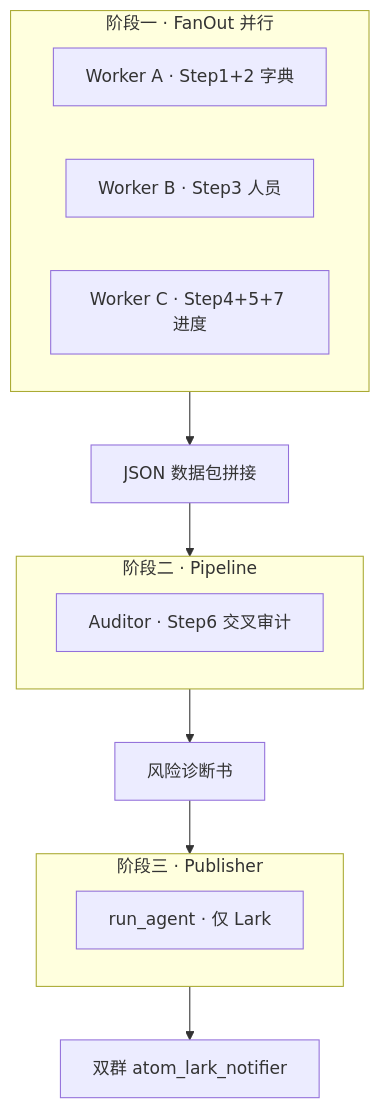
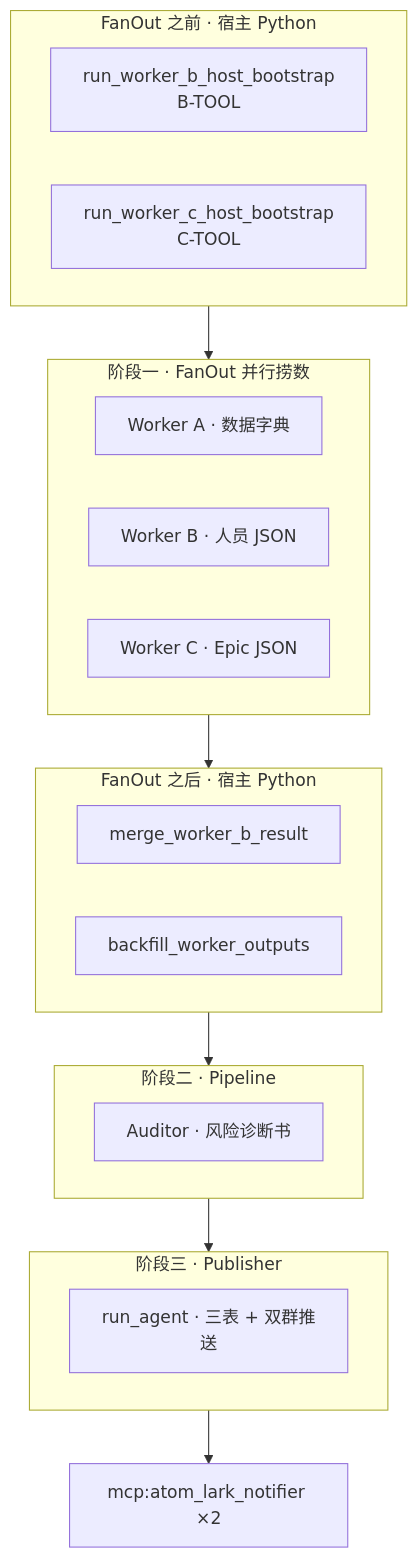
The second of 2 diagrams in docs/architecture/PMO_COPILOT_ARCHITECTURE.md (Samuel521199/jachin-system), drawn with Mermaid before and after one commit. The commit also changed other lines of this file and 22 other files, not shown here.

````diff
--- a/docs/architecture/PMO_COPILOT_ARCHITECTURE.md
+++ b/docs/architecture/PMO_COPILOT_ARCHITECTURE.md
@@ -209,22 +118,30 @@
 ```mermaid
 flowchart TB
-  subgraph phase1 [阶段一 · FanOut 并行]
-    WA[Worker A · Step1+2 字典]
-    WB[Worker B · Step3 人员]
-    WC[Worker C · Step4+5+7 进度]
+  subgraph pre [FanOut 之前 · 宿主 Python]
+    HB[run_worker_b_host_bootstrap<br/>B-TOOL]
+    HC[run_worker_c_host_bootstrap<br/>C-TOOL]
   end
 
-  subgraph phase2 [阶段二 · Pipeline]
-    AUD[Auditor · Step6 交叉审计]
+  subgraph p1 [阶段一 · FanOut 并行捞数]
+    WA[Worker A · 数据字典]
+    WB[Worker B · 人员 JSON]
+    WC[Worker C · Epic JSON]
   end
 
-  subgraph phase3 [阶段三 · Publisher]
-    PUB[run_agent · 仅 Lark]
+  subgraph merge [FanOut 之后 · 宿主 Python]
+    MB[merge_worker_b_result]
+    BF[backfill_worker_outputs]
   end
 
-  phase1 --> Bundle[JSON 数据包拼接]
-  Bundle --> phase2
-  phase2 --> Report[风险诊断书]
-  Report --> phase3
-  phase3 --> Lark[双群 atom_lark_notifier]
+  subgraph p2 [阶段二 · Pipeline]
+    AUD[Auditor · 风险诊断书]
+  end
+
+  subgraph p3 [阶段三 · Publisher]
+    PUB[run_agent · 三表 + 双群推送]
+  end
+
+  pre --> p1
+  p1 --> merge --> p2 --> p3
+  p3 --> Lark[mcp:atom_lark_notifier ×2]
 ```
````
